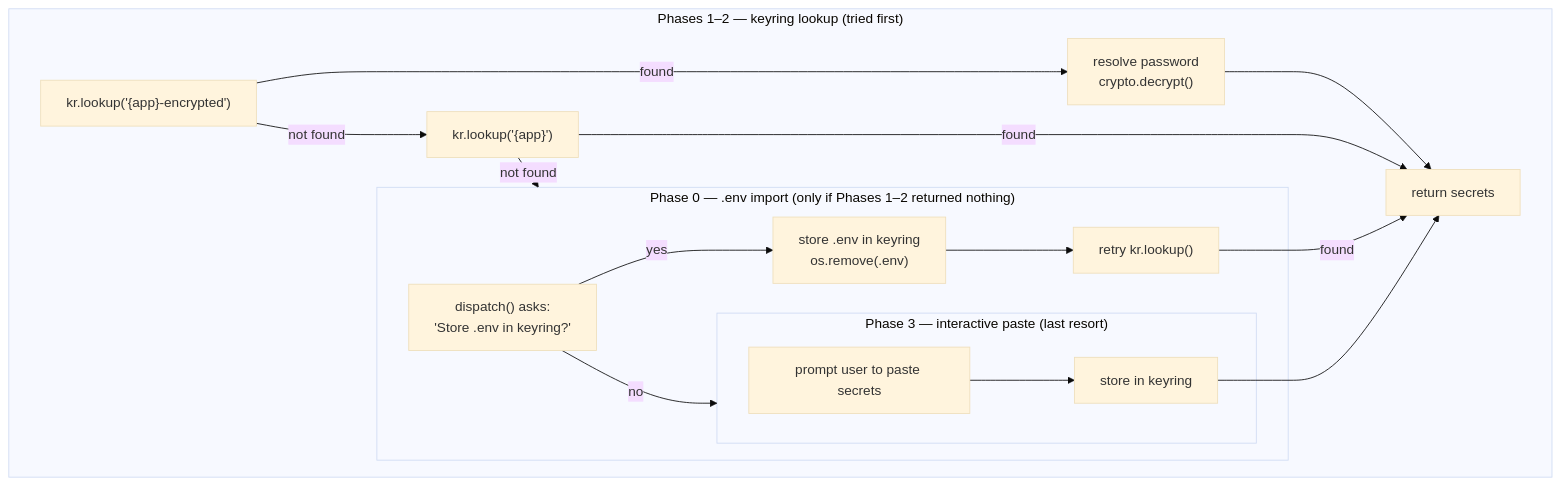
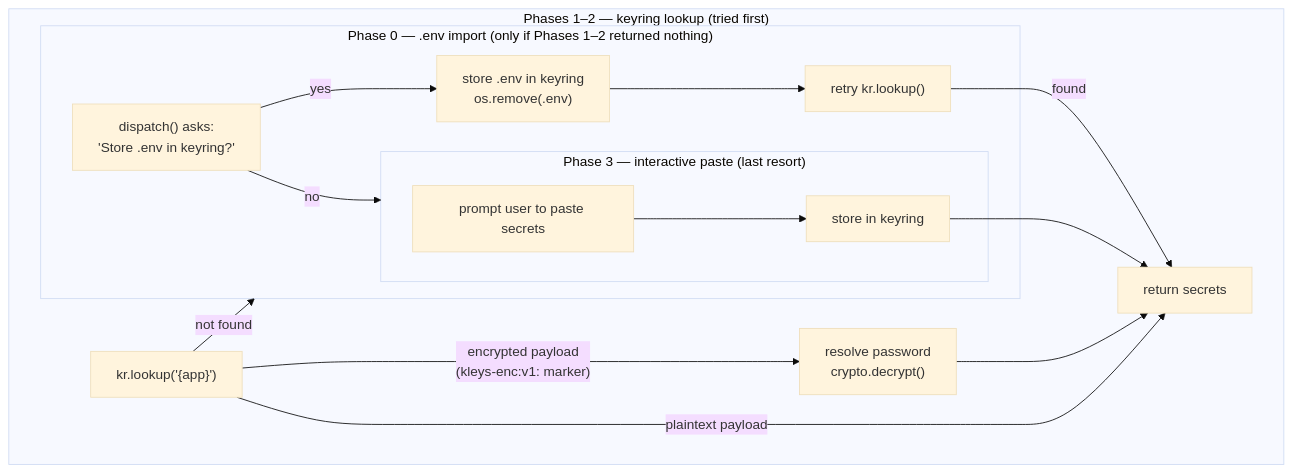
The sixth of 6 diagrams in docs/ARCHITECT.md (hugobatista/kleys), drawn with Mermaid (base theme) before and after one commit. The commit also changed other lines of this file and 13 other files, not shown here.

First line of the commit message:
feat: store each app under a kleys:{app} keyring entry, add store command (#4)

````diff
--- a/docs/ARCHITECT.md
+++ b/docs/ARCHITECT.md
@@ -144,25 +144,24 @@
 ```mermaid
 flowchart TD
     subgraph Phases1and2["Phases 1–2 — keyring lookup (tried first)"]
-        P1["kr.lookup('{app}-encrypted')"]
-        P1 -- "found" --> Decrypt["resolve password<br/>crypto.decrypt()"]
-        P1 -- "not found" --> P2["kr.lookup('{app}')"]
-        Decrypt --> Return["return secrets"]
-        P2 -- "found" --> Return
-        P2 -- "not found" --> Phase0
+        P1["kr.lookup('{app}')"]
+        P1 -- "encrypted payload<br/>(kleys-enc:v1: marker)" --> Decrypt["resolve password<br/>crypto.decrypt()"]
+        P1 -- "plaintext payload" --> Return["return secrets"]
+        Decrypt --> Return
+        P1 -- "not found" --> Phase0
     end
 
     subgraph Phase0["Phase 0 — .env import (only if Phases 1–2 returned nothing)"]
         EnvImport["dispatch() asks:<br/>'Store .env in keyring?'"]
         EnvImport -- yes --> ImportStore["store .env in keyring<br/>os.remove(.env)"]
         EnvImport -- no --> Phase3
         ImportStore --> P1after["retry kr.lookup()"]
         P1after -- "found" --> Return
     end
 
     subgraph Phase3["Phase 3 — interactive paste (last resort)"]
         Prompt["prompt user to paste secrets"]
         Prompt --> StoreInKeyring["store in keyring"]
         StoreInKeyring --> Return
     end
 ```
````
